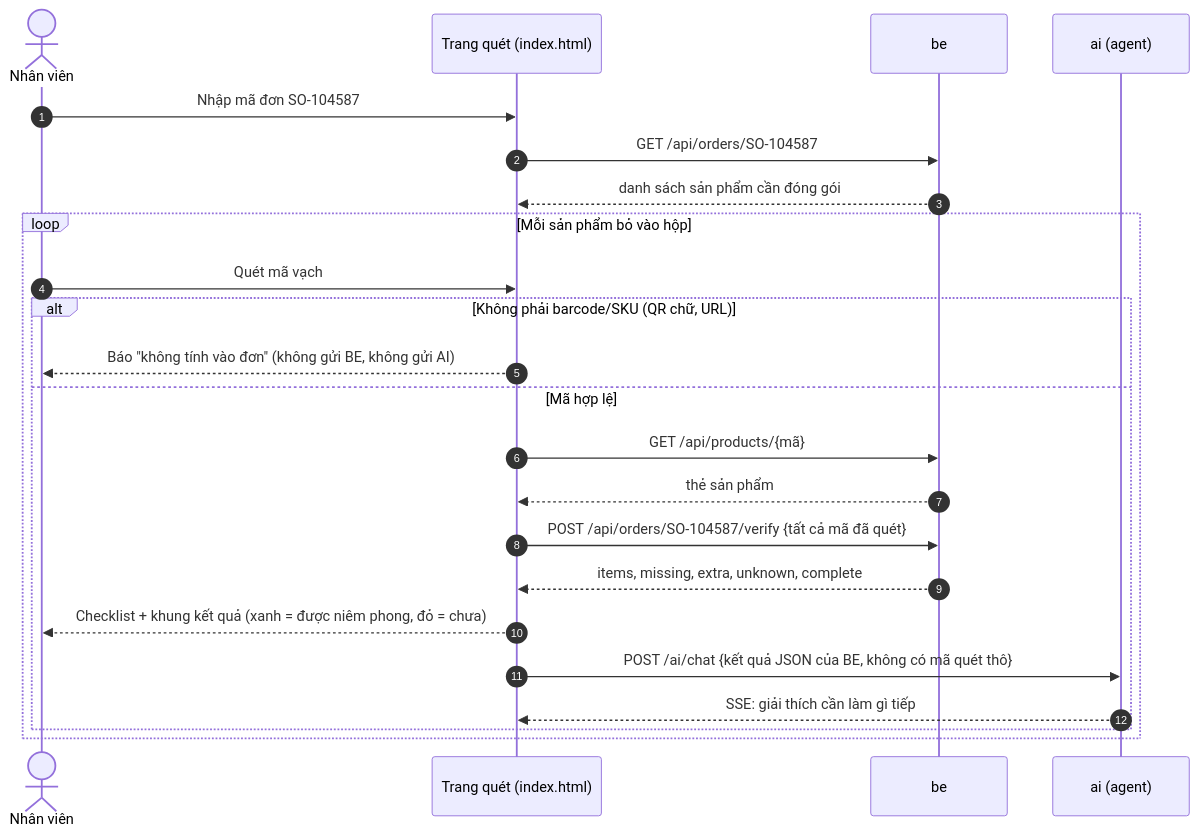
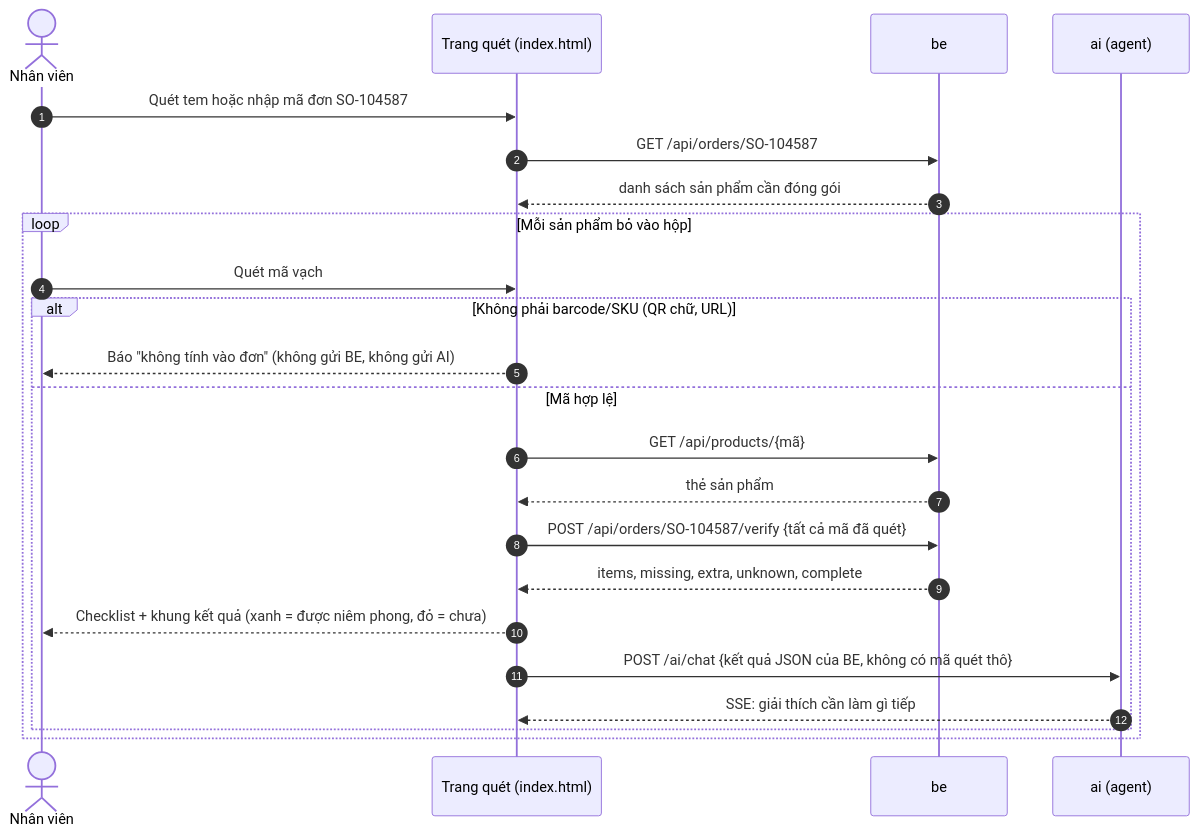
Before and after one commit to vu-wspace/barcode_chatbot: the second of 5 diagrams in README.md, drawn with Mermaid. The commit also changed other lines of this file and 5 other files, not shown here.

````diff
--- a/README.md
+++ b/README.md
@@ -77,26 +81,26 @@
 ```mermaid
 sequenceDiagram
     autonumber
     actor NV as Nhân viên
     participant FE as Trang quét (index.html)
     participant BE as be
     participant AI as ai (agent)
 
-    NV->>FE: Nhập mã đơn SO-104587
+    NV->>FE: Quét tem hoặc nhập mã đơn SO-104587
     FE->>BE: GET /api/orders/SO-104587
     BE-->>FE: danh sách sản phẩm cần đóng gói
     loop Mỗi sản phẩm bỏ vào hộp
         NV->>FE: Quét mã vạch
         alt Không phải barcode/SKU (QR chữ, URL)
             FE-->>NV: Báo "không tính vào đơn" (không gửi BE, không gửi AI)
         else Mã hợp lệ
             FE->>BE: GET /api/products/{mã}
             BE-->>FE: thẻ sản phẩm
             FE->>BE: POST /api/orders/SO-104587/verify {tất cả mã đã quét}
             BE-->>FE: items, missing, extra, unknown, complete
             FE-->>NV: Checklist + khung kết quả (xanh = được niêm phong, đỏ = chưa)
             FE->>AI: POST /ai/chat {kết quả JSON của BE, không có mã quét thô}
             AI-->>FE: SSE: giải thích cần làm gì tiếp
         end
     end
 ```
````
